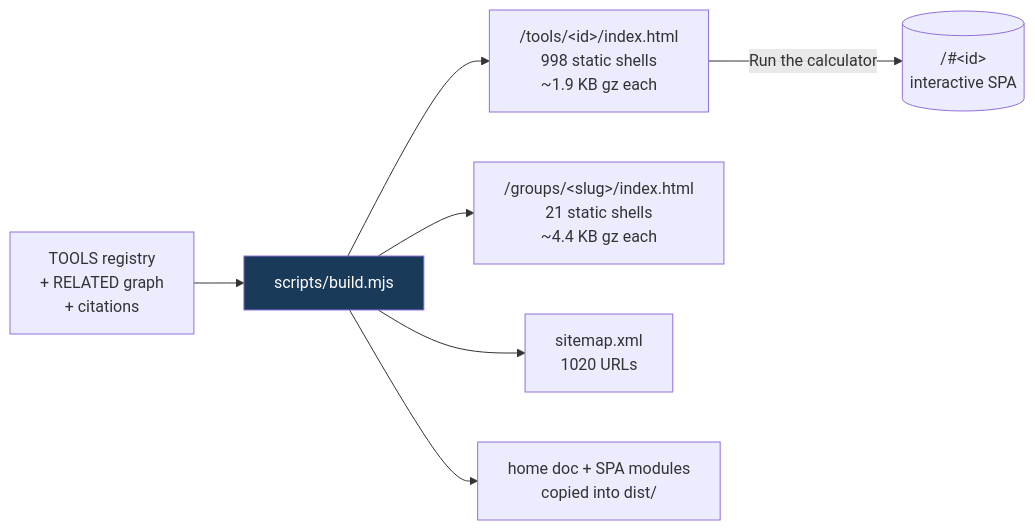
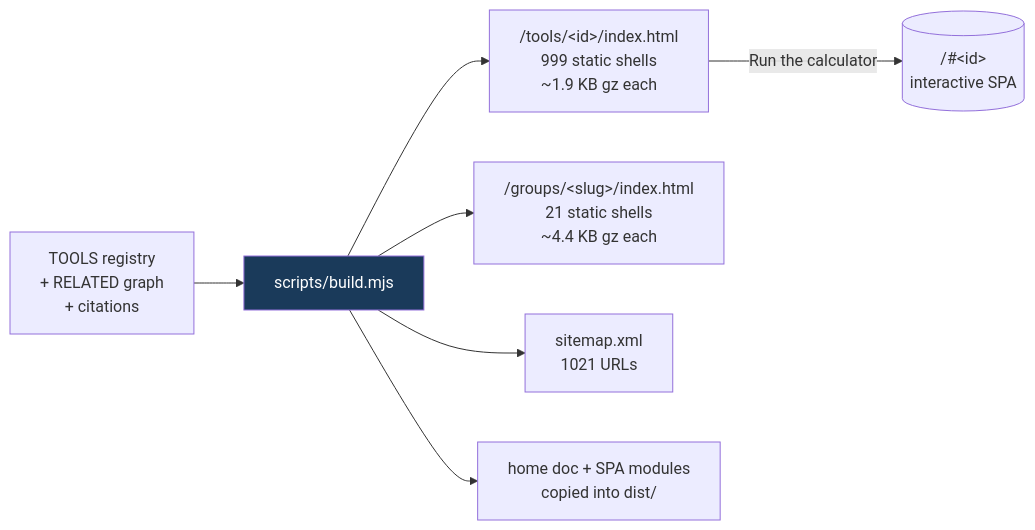
Before and after one commit to clay-good/roughlogic.com: the fifth of 8 diagrams in README.md, drawn with Mermaid. The commit also changed other lines of this file and 14 other files, not shown here.

````diff
--- a/README.md
+++ b/README.md
@@ -495,10 +495,10 @@
 ```mermaid
 flowchart LR
     SRC[TOOLS registry\n+ RELATED graph\n+ citations] --> BUILD[scripts/build.mjs]
-    BUILD --> TILE["/tools/&lt;id&gt;/index.html\n998 static shells\n~1.9 KB gz each"]
+    BUILD --> TILE["/tools/&lt;id&gt;/index.html\n999 static shells\n~1.9 KB gz each"]
     BUILD --> GROUP["/groups/&lt;slug&gt;/index.html\n21 static shells\n~4.4 KB gz each"]
-    BUILD --> MAP["sitemap.xml\n1020 URLs"]
+    BUILD --> MAP["sitemap.xml\n1021 URLs"]
     BUILD --> COPY[home doc + SPA modules\ncopied into dist/]
     TILE -->|Run the calculator| SPA[("/#&lt;id&gt;\ninteractive SPA")]
     style BUILD fill:#1a3a5a,color:#fff
 ```
````
